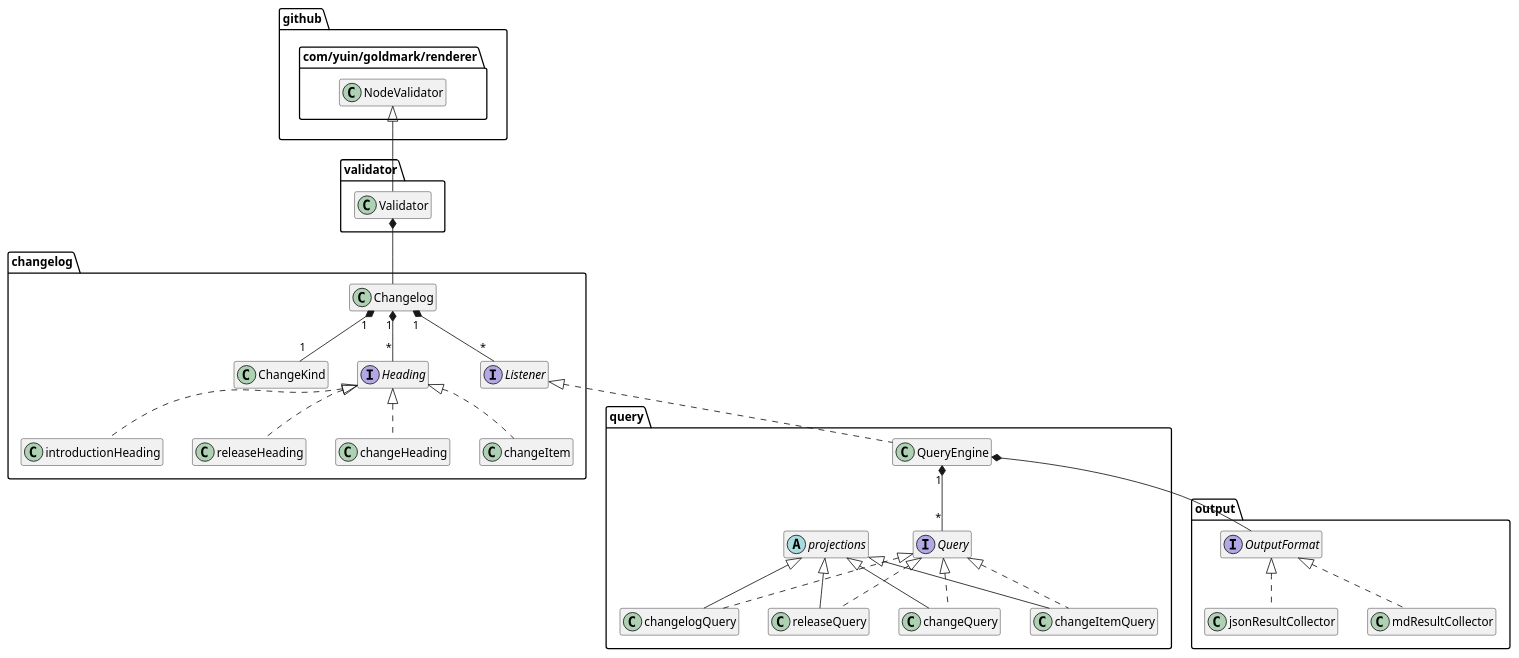
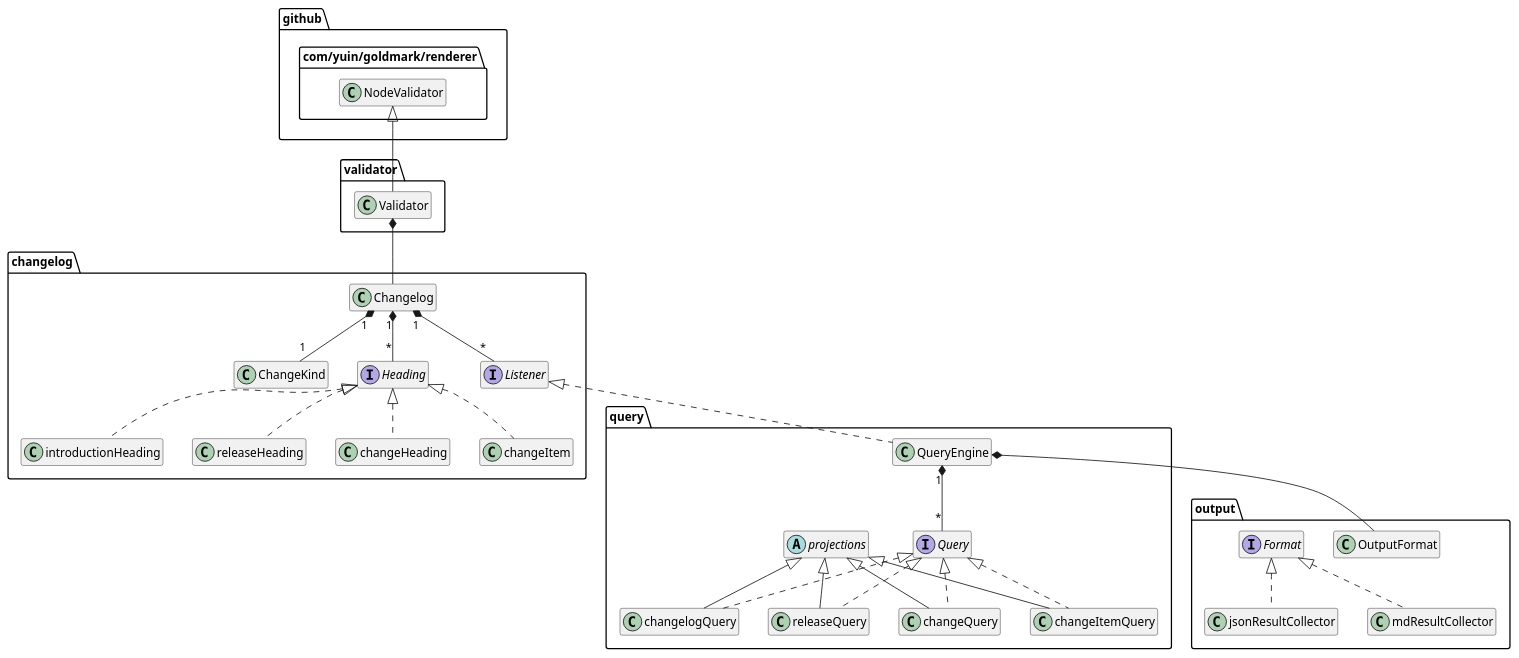
The diagram in docs/class_diagram.puml (denisa/clq), drawn with PlantUML before and after one commit. The commit also changed 10 other files, not shown here.

Commit message:
363: Warning: name starts with the package name (OutputFormat)

```diff
--- a/docs/class_diagram.puml
+++ b/docs/class_diagram.puml
@@ -1,36 +1,36 @@
 @startuml
 ' https://plantuml.com/class-diagram
 hide empty members
 
 "github.com/yuin/goldmark/renderer.NodeValidator" <|-- validator.Validator
 
 validator.Validator *-- changelog.Changelog
 
 changelog.Changelog "1" *-- "1" changelog.ChangeKind
 changelog.Changelog "1" *-- "*" changelog.Heading
 changelog.Changelog "1" *-- "*" changelog.Listener
 changelog.Heading <|.. changelog.changeHeading
 changelog.Heading <|.. changelog.changeItem
 changelog.Heading <|.. changelog.introductionHeading
 changelog.Heading <|.. changelog.releaseHeading
 changelog.Listener <|.. query.QueryEngine
 interface changelog.Heading
 interface changelog.Listener
 
 query.QueryEngine *-- output.OutputFormat
 query.QueryEngine "1" *-- "*" query.Query
 query.Query <|.. query.changelogQuery
 query.Query <|.. query.releaseQuery
 query.Query <|.. query.changeQuery
 query.Query <|.. query.changeItemQuery
 query.projections <|-- query.changelogQuery
 query.projections <|-- query.releaseQuery
 query.projections <|-- query.changeQuery
 query.projections <|-- query.changeItemQuery
 abstract query.projections
 interface query.Query
 
-output.OutputFormat <|.. output.jsonResultCollector
-output.OutputFormat <|.. output.mdResultCollector
-interface output.OutputFormat
+output.Format <|.. output.jsonResultCollector
+output.Format <|.. output.mdResultCollector
+interface output.Format
 @enduml
```
